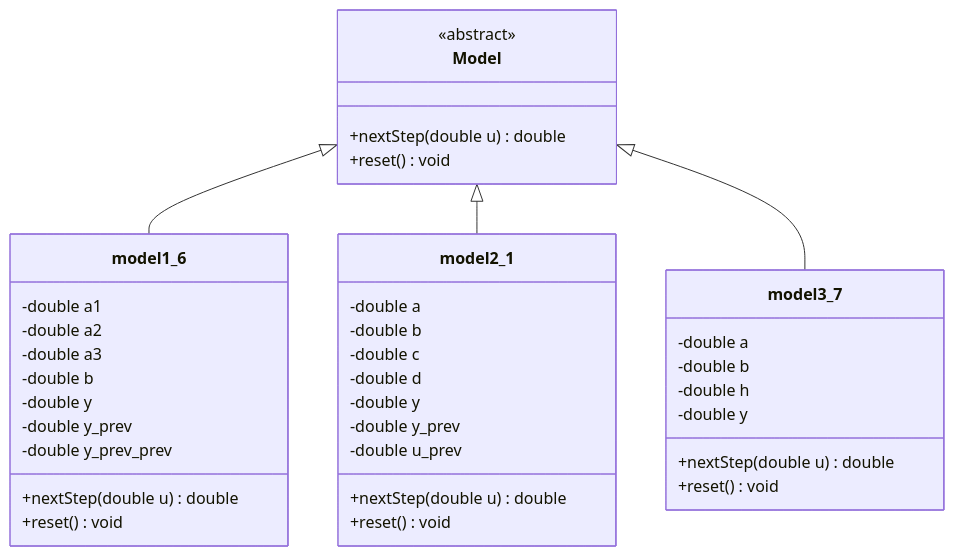
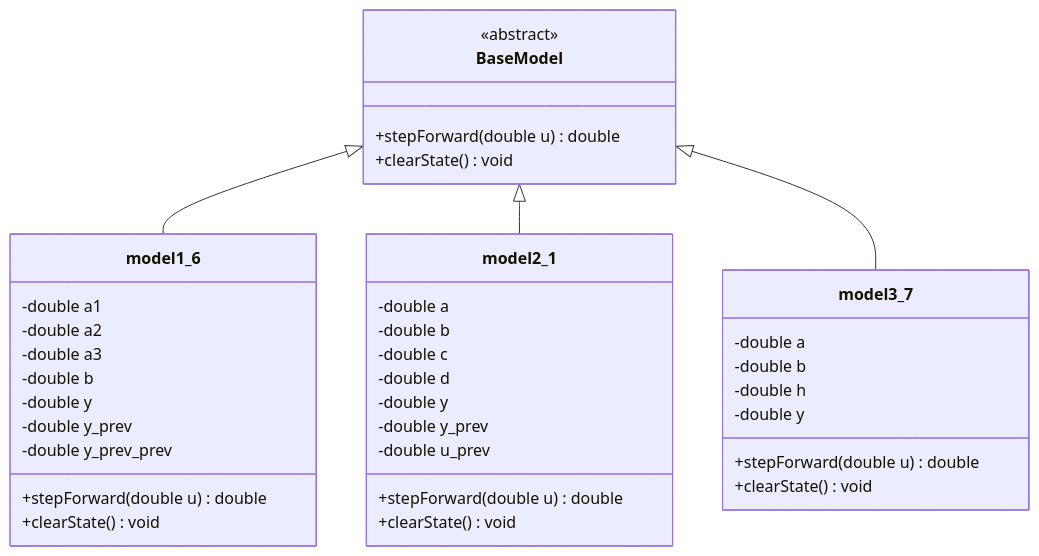
Before and after one commit to AnyaKis/OTIS-2026: the diagram in trunk/ii03007/task_01/doc/readme.md, drawn with Mermaid. The commit also changed other lines of this file and 5 other files, not shown here.

````diff
--- a/trunk/ii03007/task_01/doc/readme.md
+++ b/trunk/ii03007/task_01/doc/readme.md
@@ -83,41 +83,41 @@
 ```mermaid
 classDiagram
-    class Model {
+    class BaseModel {
         <<abstract>>
-        +nextStep(double u) double
-        +reset() void
+        +stepForward(double u) double
+        +clearState() void
     }
     class model1_6 {
         -double a1
         -double a2
         -double a3
         -double b
         -double y
         -double y_prev
         -double y_prev_prev
-        +nextStep(double u) double
-        +reset() void
+        +stepForward(double u) double
+        +clearState() void
     }
     class model2_1 {
         -double a
         -double b
         -double c
         -double d
         -double y
         -double y_prev
         -double u_prev
-        +nextStep(double u) double
-        +reset() void
+        +stepForward(double u) double
+        +clearState() void
     }
     class model3_7 {
         -double a
         -double b
         -double h
         -double y
-        +nextStep(double u) double
-        +reset() void
+        +stepForward(double u) double
+        +clearState() void
     }
-    Model <|-- model1_6
-    Model <|-- model2_1
-    Model <|-- model3_7
+    BaseModel <|-- model1_6
+    BaseModel <|-- model2_1
+    BaseModel <|-- model3_7
 ```
````
